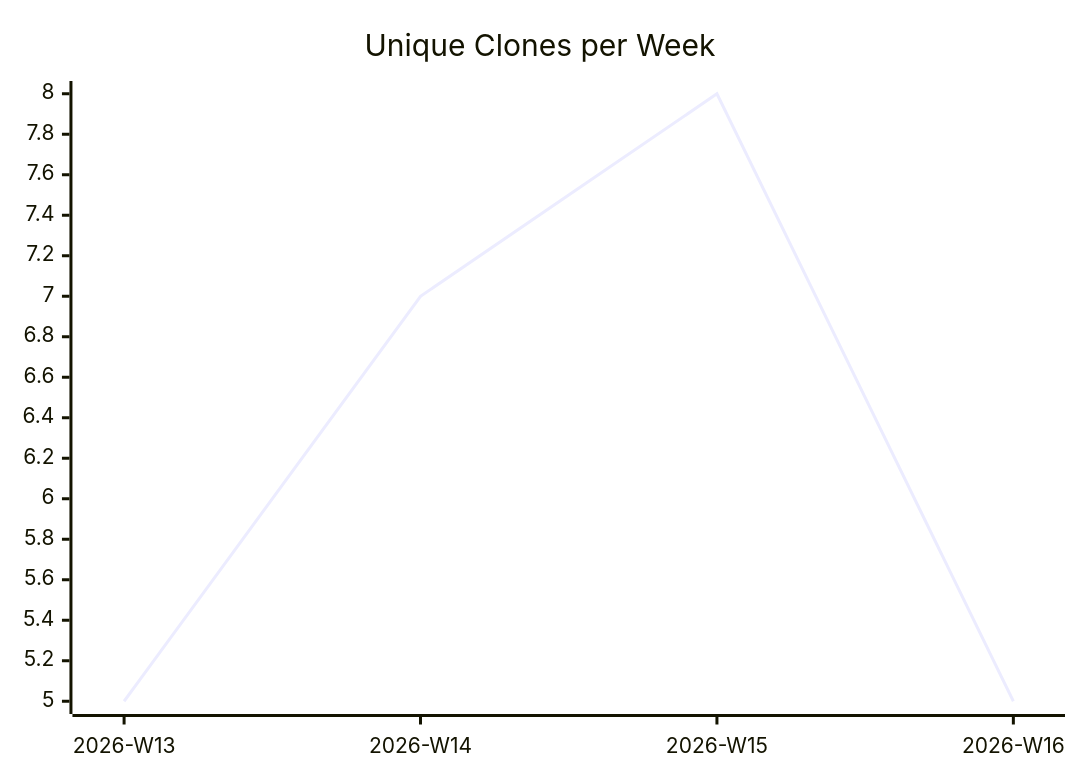
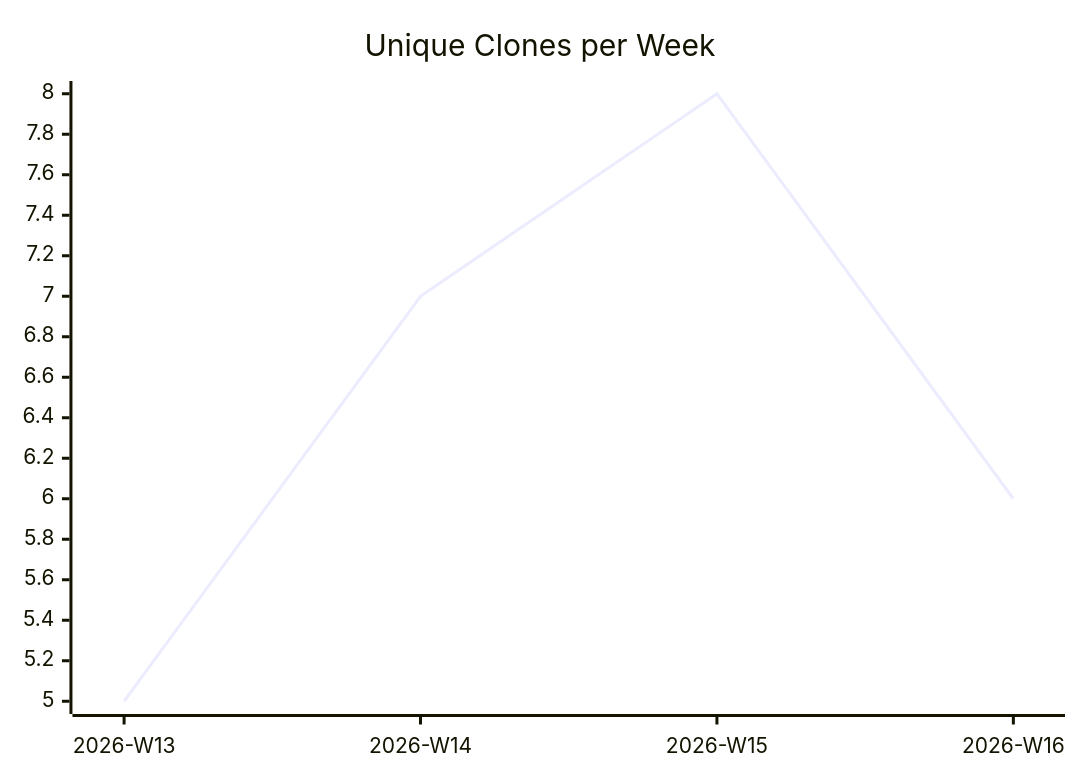
One commit to justdavis-family/github-analytics-data changed the third of 3 diagrams in karlmdavis/ansible-role-jenkins2/README.md. Above: the diagram before and after it, drawn with Mermaid. The commit also changed other lines of this file and 184 other files, not shown here.

````diff
--- a/karlmdavis/ansible-role-jenkins2/README.md
+++ b/karlmdavis/ansible-role-jenkins2/README.md
@@ -19,6 +19,6 @@
 ```mermaid
 xychart-beta
   title "Unique Clones per Week"
   x-axis ["2026-W13", "2026-W14", "2026-W15", "2026-W16"]
-  line [5, 7, 8, 5]
+  line [5, 7, 8, 6]
 ```
````
